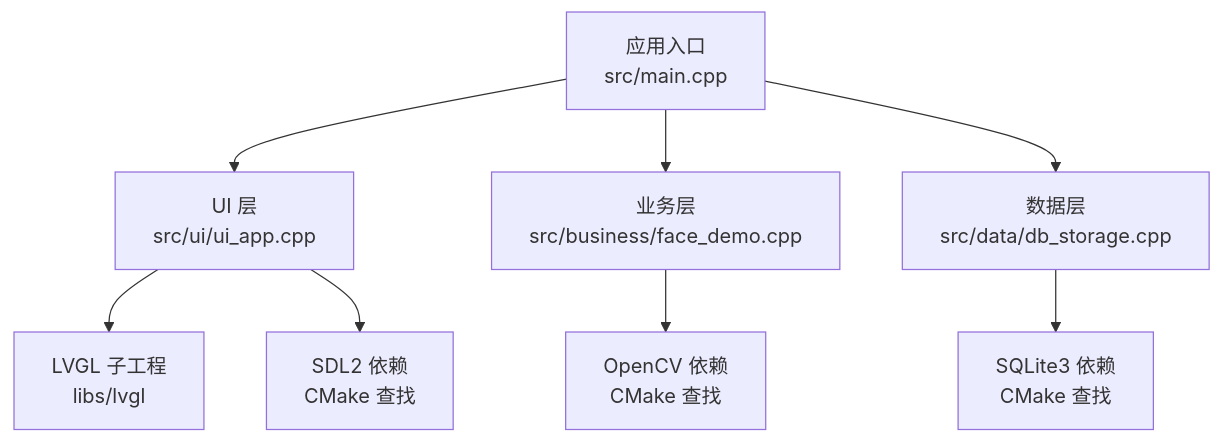
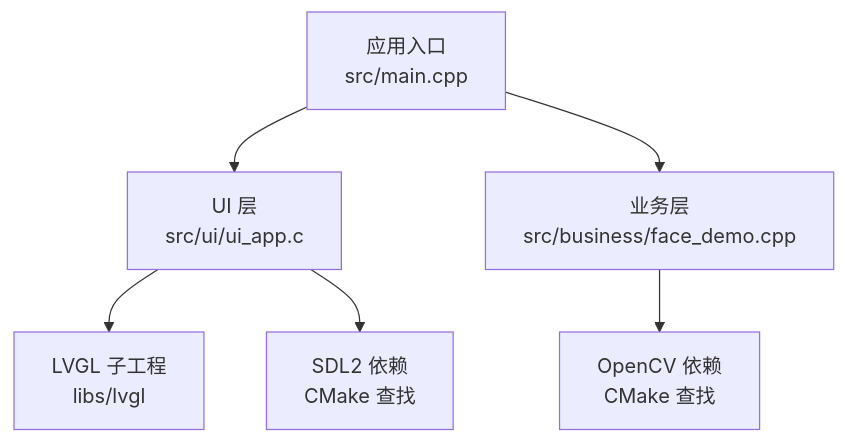
One commit to Drunk552/SmartAttendance changed the first of 5 diagrams in .qoder/repowiki/zh/content/快速开始.md. Above: the diagram before and after it, drawn with Mermaid. The commit also changed other lines of this file and 26 other files, not shown here.

````diff
--- a/.qoder/repowiki/zh/content/快速开始.md
+++ b/.qoder/repowiki/zh/content/快速开始.md
@@ -41,10 +39,8 @@
 ```mermaid
 graph TB
-A["应用入口<br/>src/main.cpp"] --> B["UI 层<br/>src/ui/ui_app.cpp"]
+A["应用入口<br/>src/main.cpp"] --> B["UI 层<br/>src/ui/ui_app.c"]
 A --> C["业务层<br/>src/business/face_demo.cpp"]
-A --> D["数据层<br/>src/data/db_storage.cpp"]
+C --> F["OpenCV 依赖<br/>CMake 查找"]
 B --> E["LVGL 子工程<br/>libs/lvgl"]
-C --> F["OpenCV 依赖<br/>CMake 查找"]
-D --> G["SQLite3 依赖<br/>CMake 查找"]
 B --> H["SDL2 依赖<br/>CMake 查找"]
 ```
````
